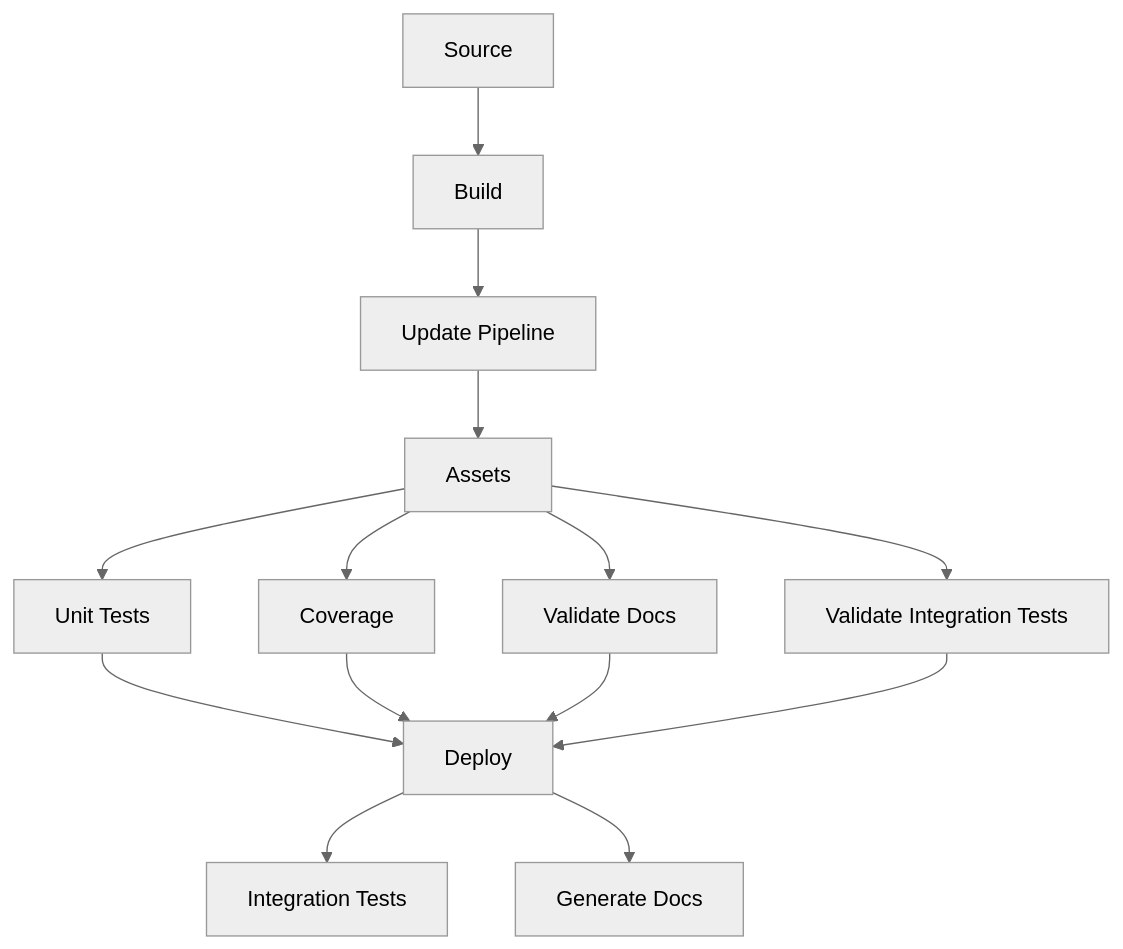
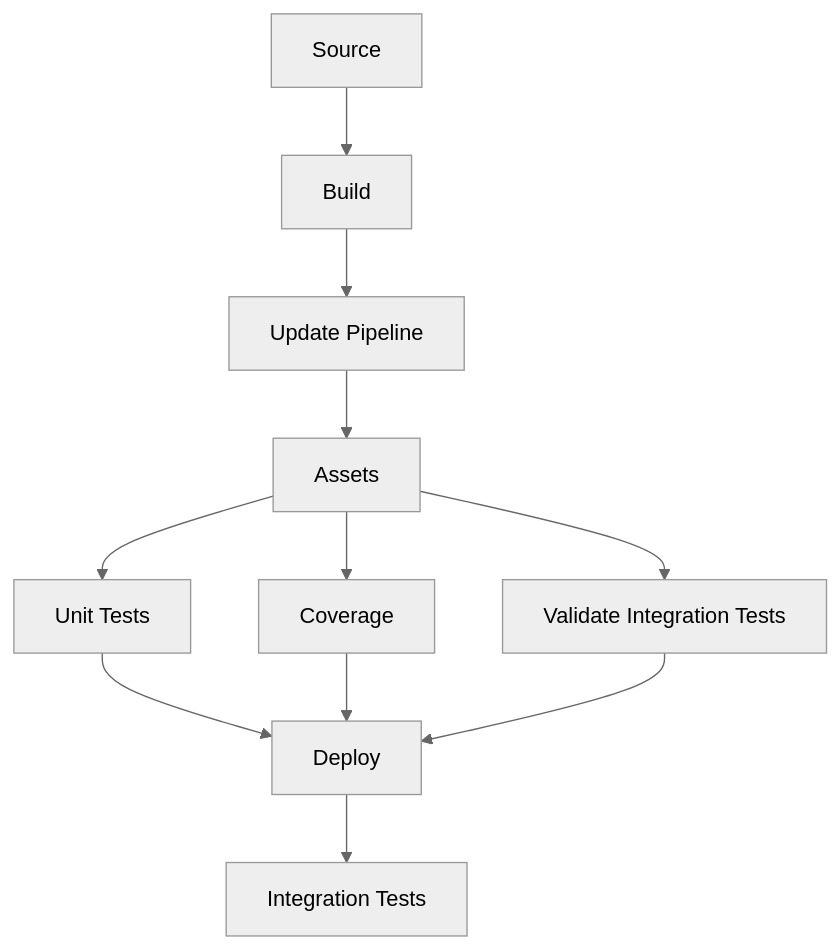
One commit to GuiPimenta-Dev/lambda-forge-docs changed the second of 3 diagrams in docs/home/page6.md. Above: the diagram before and after it, drawn with Mermaid (neutral theme). The commit also changed other lines of this file and 34 other files, not shown here.

````diff
--- a/docs/home/page6.md
+++ b/docs/home/page6.md
@@ -142,16 +212,13 @@
 ```mermaid
 graph TD;
     Source --> Build;
     Build --> UpdatePipeline[Update Pipeline]
     UpdatePipeline --> Assets
     Assets --> UnitTests[Unit Tests]
     Assets --> Coverage
-    Assets --> ValidateDocs[Validate Docs]
     Assets --> ValidateIntegrationTests[Validate Integration Tests]
     UnitTests --> Deploy
     Coverage --> Deploy
-    ValidateDocs --> Deploy
     ValidateIntegrationTests --> Deploy
     Deploy --> IntegrationTests[Integration Tests]
-    Deploy --> GenerateDocs[Generate Docs]
 ```
````
